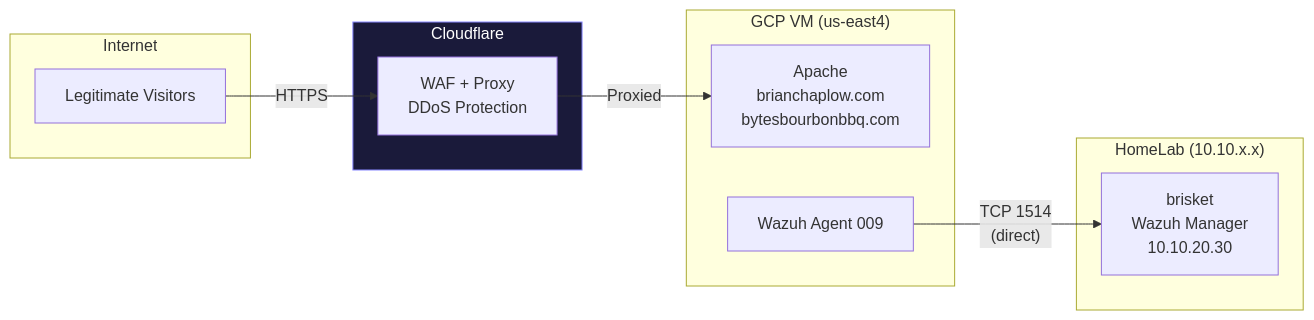
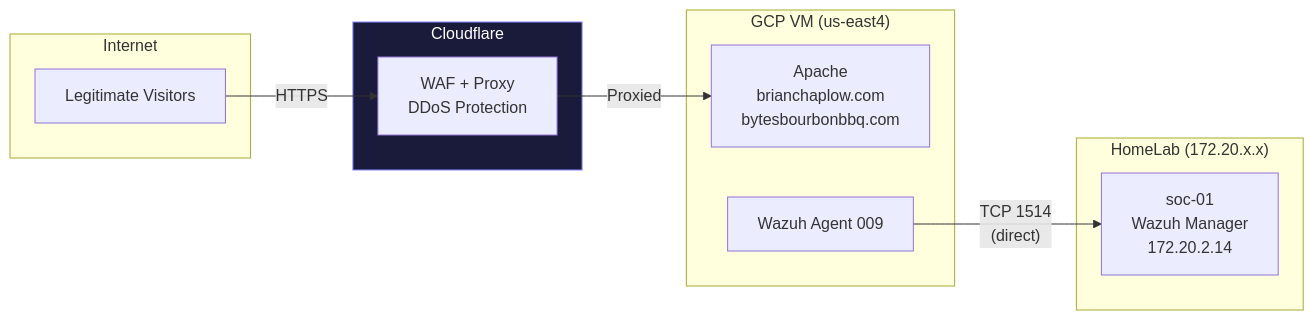
One commit to brianchaplow/HomeLab-SOC-v3 changed the third of 3 diagrams in docs/network-topology.md. Above: the diagram before and after it, drawn with Mermaid. The commit also changed other lines of this file and 73 other files, not shown here.

````diff
--- a/docs/network-topology.md
+++ b/docs/network-topology.md
@@ -414,25 +414,25 @@
 ```mermaid
 graph LR
     subgraph Internet
         LEGIT["Legitimate Visitors"]
     end
 
     subgraph Cloudflare["Cloudflare"]
         CFWAF["WAF + Proxy<br/>DDoS Protection"]
     end
 
     subgraph GCP["GCP VM (us-east4)"]
         APACHE["Apache<br/>brianchaplow.com<br/>bytesbourbonbbq.com"]
         WAZUHAGENT["Wazuh Agent 009"]
     end
 
-    subgraph HomeLab["HomeLab (10.10.x.x)"]
-        BRISKET_W["brisket<br/>Wazuh Manager<br/>10.10.20.30"]
+    subgraph HomeLab["HomeLab (172.20.x.x)"]
+        SOC01_W["soc-01<br/>Wazuh Manager<br/>172.20.2.14"]
     end
 
     LEGIT -->|"HTTPS"| CFWAF
     CFWAF -->|"Proxied"| APACHE
-    WAZUHAGENT -->|"TCP 1514<br/>(direct)"| BRISKET_W
+    WAZUHAGENT -->|"TCP 1514<br/>(direct)"| SOC01_W
 
     style Cloudflare fill:#1a1a3a,stroke:#8888ff,color:#fff
 ```
````
